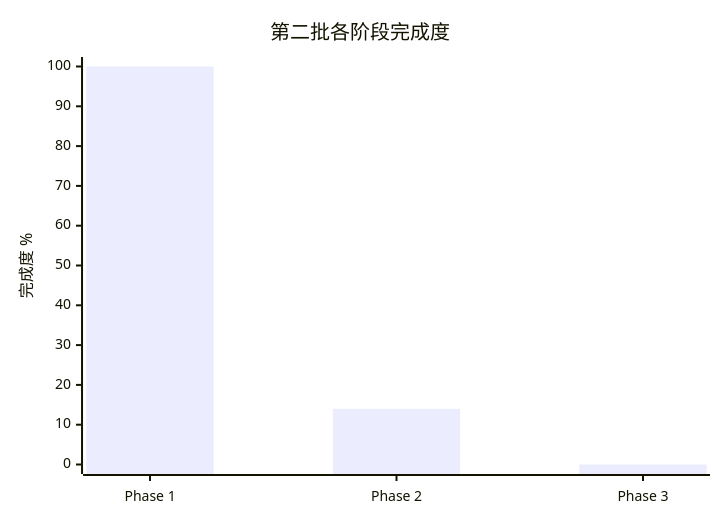
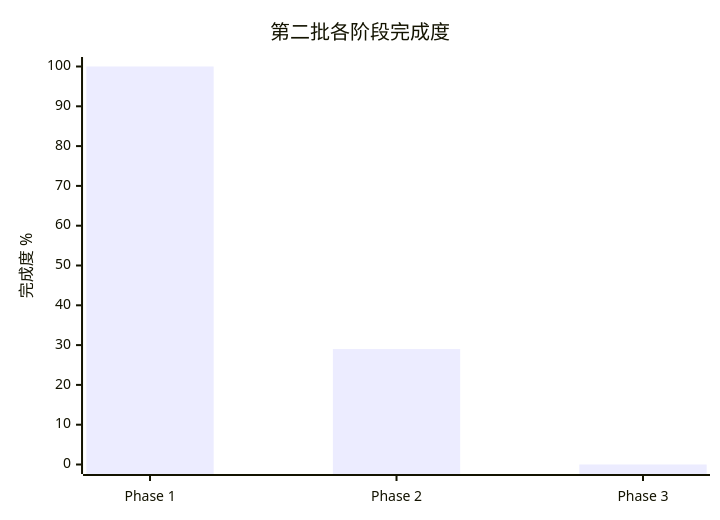
The diagram in docs/migration/codex-sync/2026-08-01-upstream-baseline-and-test-gates.md (ceasarXuu/WhaleCode), drawn with Mermaid before and after one commit. The commit also changed other lines of this file and 1 other file, not shown here.

````diff
--- a/docs/migration/codex-sync/2026-08-01-upstream-baseline-and-test-gates.md
+++ b/docs/migration/codex-sync/2026-08-01-upstream-baseline-and-test-gates.md
@@ -22,7 +23,7 @@
 ```mermaid
 xychart-beta
   title "第二批各阶段完成度"
   x-axis ["Phase 1", "Phase 2", "Phase 3"]
   y-axis "完成度 %" 0 --> 100
-  bar [100, 14, 0]
+  bar [100, 29, 0]
 ```
````
